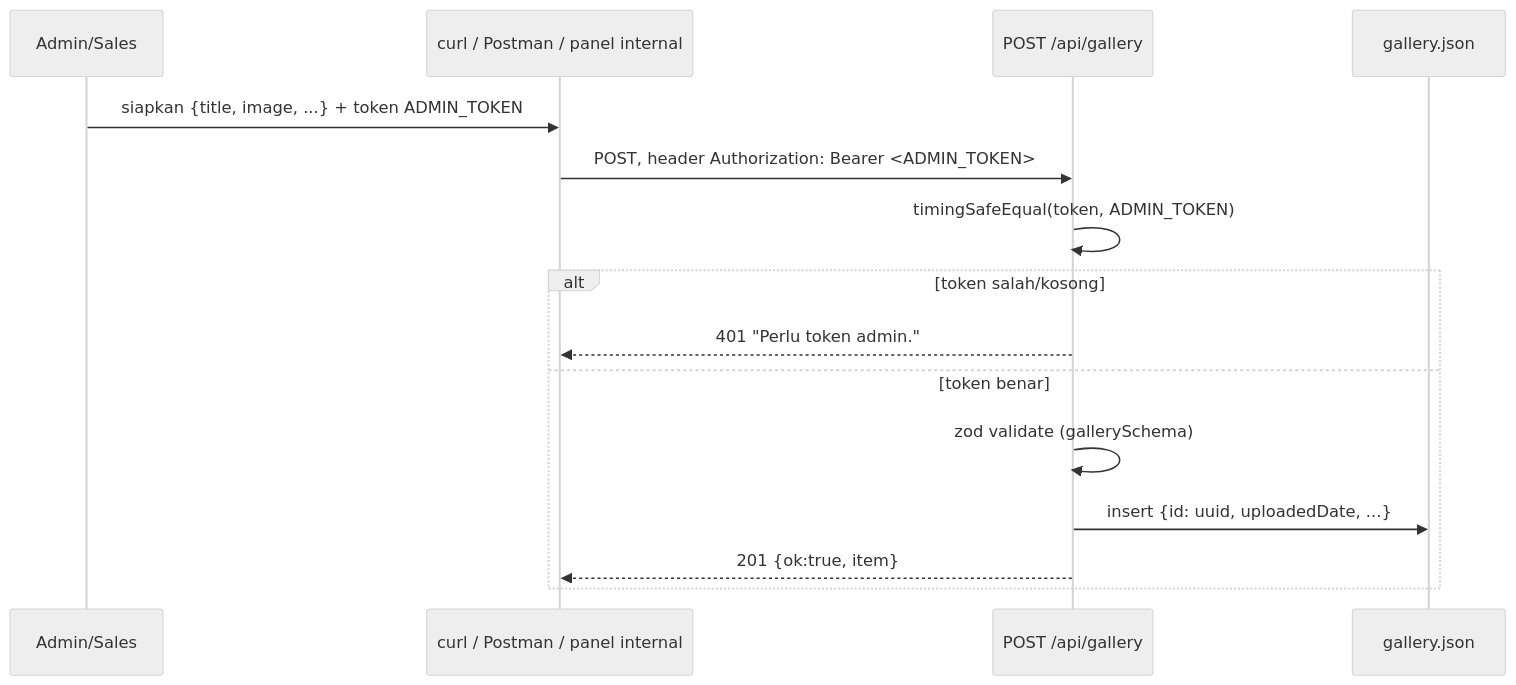
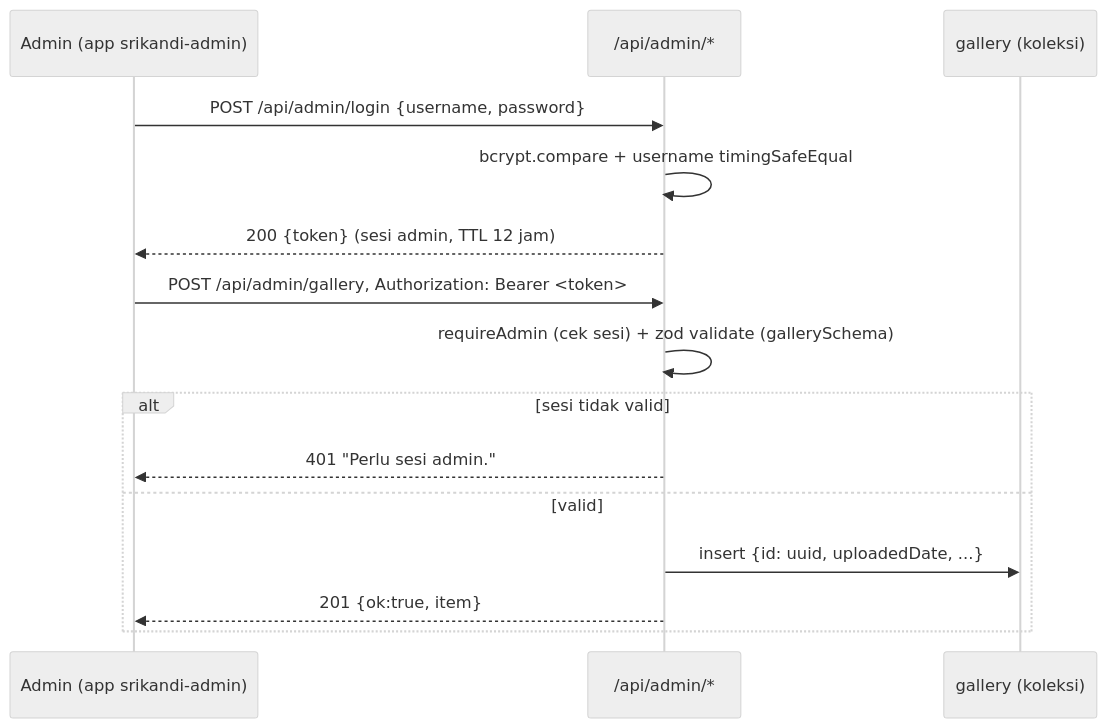
The sixth of 8 diagrams in docs/konsultasi-ai/API-SCHEMA.md (Bajoel32/bajoel32), drawn with Mermaid (neutral theme) before and after one commit. The commit also changed other lines of this file and 28 other files, not shown here.

````diff
--- a/docs/konsultasi-ai/API-SCHEMA.md
+++ b/docs/konsultasi-ai/API-SCHEMA.md
@@ -196,18 +196,18 @@
 ```mermaid
 sequenceDiagram
-    participant A as Admin/Sales
-    participant Tool as curl / Postman / panel internal
-    participant API as POST /api/gallery
-    participant DB as gallery.json
+    participant A as Admin (app srikandi-admin)
+    participant API as /api/admin/*
+    participant DB as gallery (koleksi)
 
-    A->>Tool: siapkan {title, image, ...} + token ADMIN_TOKEN
-    Tool->>API: POST, header Authorization: Bearer <ADMIN_TOKEN>
-    API->>API: timingSafeEqual(token, ADMIN_TOKEN)
-    alt token salah/kosong
-        API-->>Tool: 401 "Perlu token admin."
-    else token benar
-        API->>API: zod validate (gallerySchema)
+    A->>API: POST /api/admin/login {username, password}
+    API->>API: bcrypt.compare + username timingSafeEqual
+    API-->>A: 200 {token}  (sesi admin, TTL 12 jam)
+    A->>API: POST /api/admin/gallery, Authorization: Bearer <token>
+    API->>API: requireAdmin (cek sesi) + zod validate (gallerySchema)
+    alt sesi tidak valid
+        API-->>A: 401 "Perlu sesi admin."
+    else valid
         API->>DB: insert {id: uuid, uploadedDate, ...}
-        API-->>Tool: 201 {ok:true, item}
+        API-->>A: 201 {ok:true, item}
     end
 ```
````
